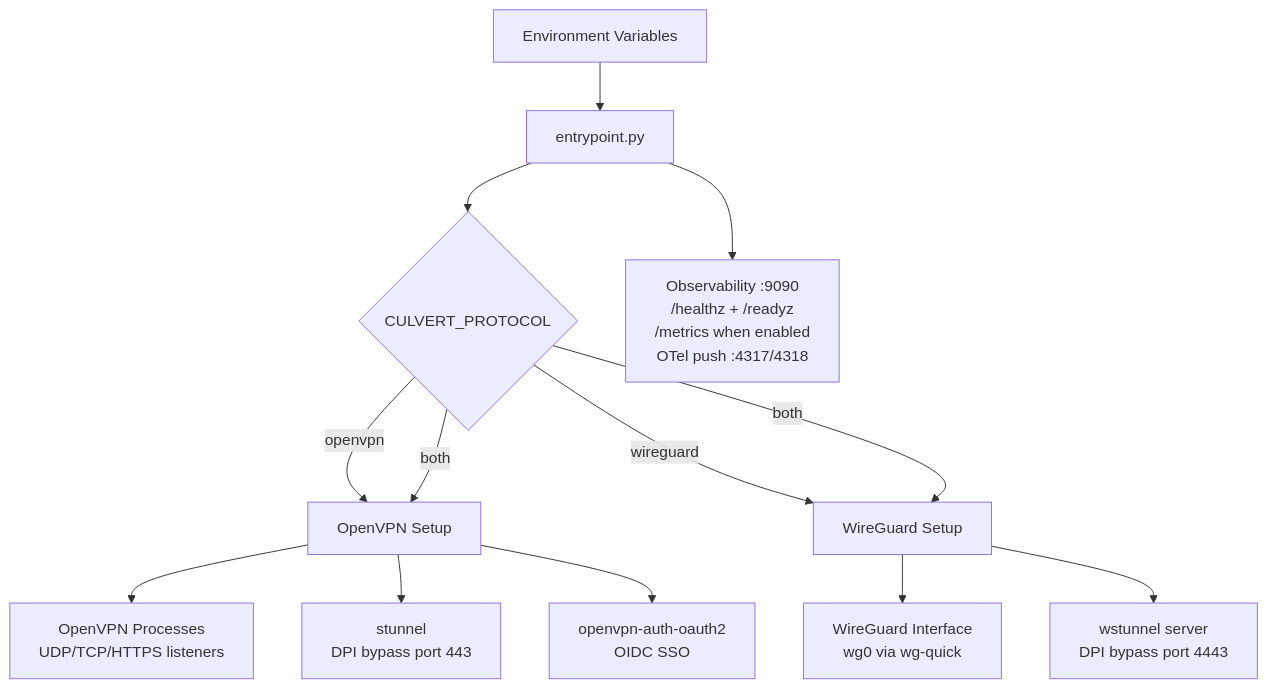
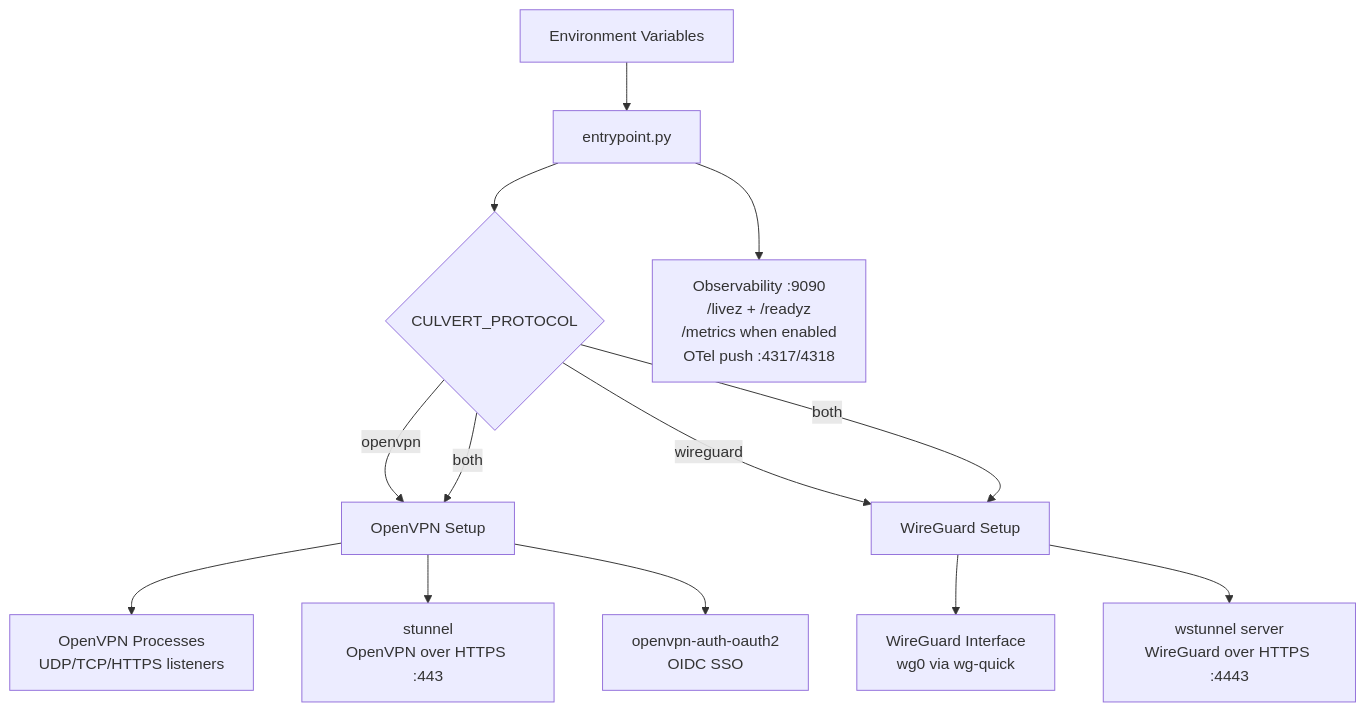
Before and after one commit to hyperi-io/culvert: the diagram in README.md, drawn with Mermaid. The commit also changed other lines of this file and 65 other files, not shown here.

First line of the commit message:
fix: pre-GA readiness sweep, scalo 2.29.11 probe rename, VPN-over-HTTPS framing

````diff
--- a/README.md
+++ b/README.md
@@ -40,18 +41,18 @@
 ```mermaid
 graph TD
     ENV[Environment Variables] --> EP[entrypoint.py]
     EP --> PROTO{CULVERT_PROTOCOL}
     PROTO -->|openvpn| OV[OpenVPN Setup]
     PROTO -->|wireguard| WG[WireGuard Setup]
     PROTO -->|both| OV
     PROTO -->|both| WG
 
     OV --> OVP[OpenVPN Processes<br/>UDP/TCP/HTTPS listeners]
-    OV --> STUNNEL[stunnel<br/>DPI bypass port 443]
+    OV --> STUNNEL[stunnel<br/>OpenVPN over HTTPS :443]
     OV --> OAUTH[openvpn-auth-oauth2<br/>OIDC SSO]
 
     WG --> WGP[WireGuard Interface<br/>wg0 via wg-quick]
-    WG --> WST[wstunnel server<br/>DPI bypass port 4443]
+    WG --> WST[wstunnel server<br/>WireGuard over HTTPS :4443]
 
-    EP --> OBS[Observability :9090<br/>/healthz + /readyz<br/>/metrics when enabled<br/>OTel push :4317/4318]
+    EP --> OBS[Observability :9090<br/>/livez + /readyz<br/>/metrics when enabled<br/>OTel push :4317/4318]
 ```
````
